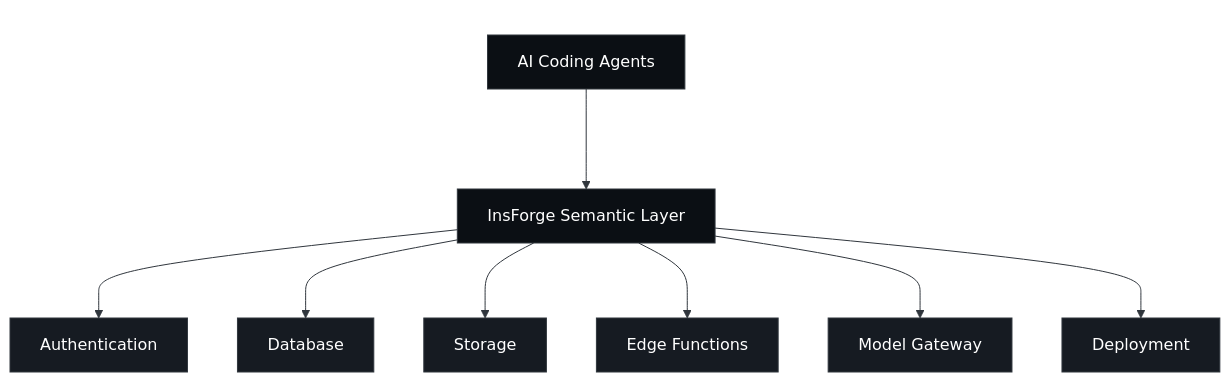
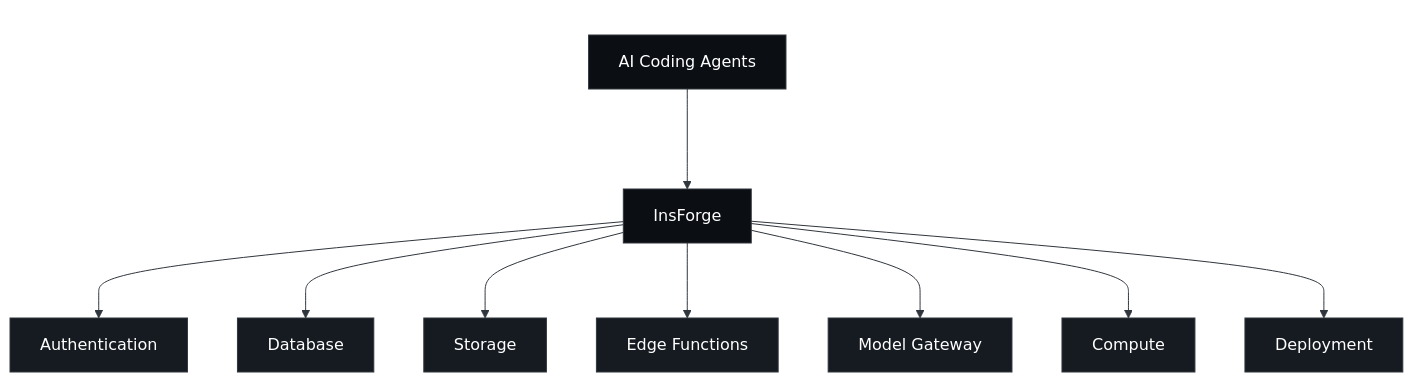
The diagram in content/en/post/github-InsForge.md (yiGmMk/producthunt), drawn with Mermaid (base theme) before and after one commit. The commit also changed other lines of this file and 7 other files, not shown here.

````diff
--- a/content/en/post/github-InsForge.md
+++ b/content/en/post/github-InsForge.md
@@ -60,31 +71,32 @@
 ```mermaid
 graph TB
 
     subgraph TOP[" "]
         AG[AI Coding Agents]
     end
 
     subgraph MID[" "]
-        SL[InsForge Semantic Layer]
+        SL[InsForge]
     end
 
     AG --> SL
 
     SL --> AUTH[Authentication]
     SL --> DB[Database]
     SL --> ST[Storage]
     SL --> EF[Edge Functions]
     SL --> MG[Model Gateway]
+    SL --> CP[Compute]
     SL --> DEP[Deployment]
 
     classDef bar fill:#0b0f14,stroke:#30363d,stroke-width:1px,color:#ffffff
     classDef card fill:#161b22,stroke:#30363d,stroke-width:1px,color:#ffffff
 
     class AG,SL bar
-    class AUTH,DB,ST,EF,MG,DEP card
+    class AUTH,DB,ST,EF,MG,CP,DEP card
 
     style TOP fill:transparent,stroke:transparent
     style MID fill:transparent,stroke:transparent
 
     linkStyle default stroke:#30363d,stroke-width:1px
 ```
````
